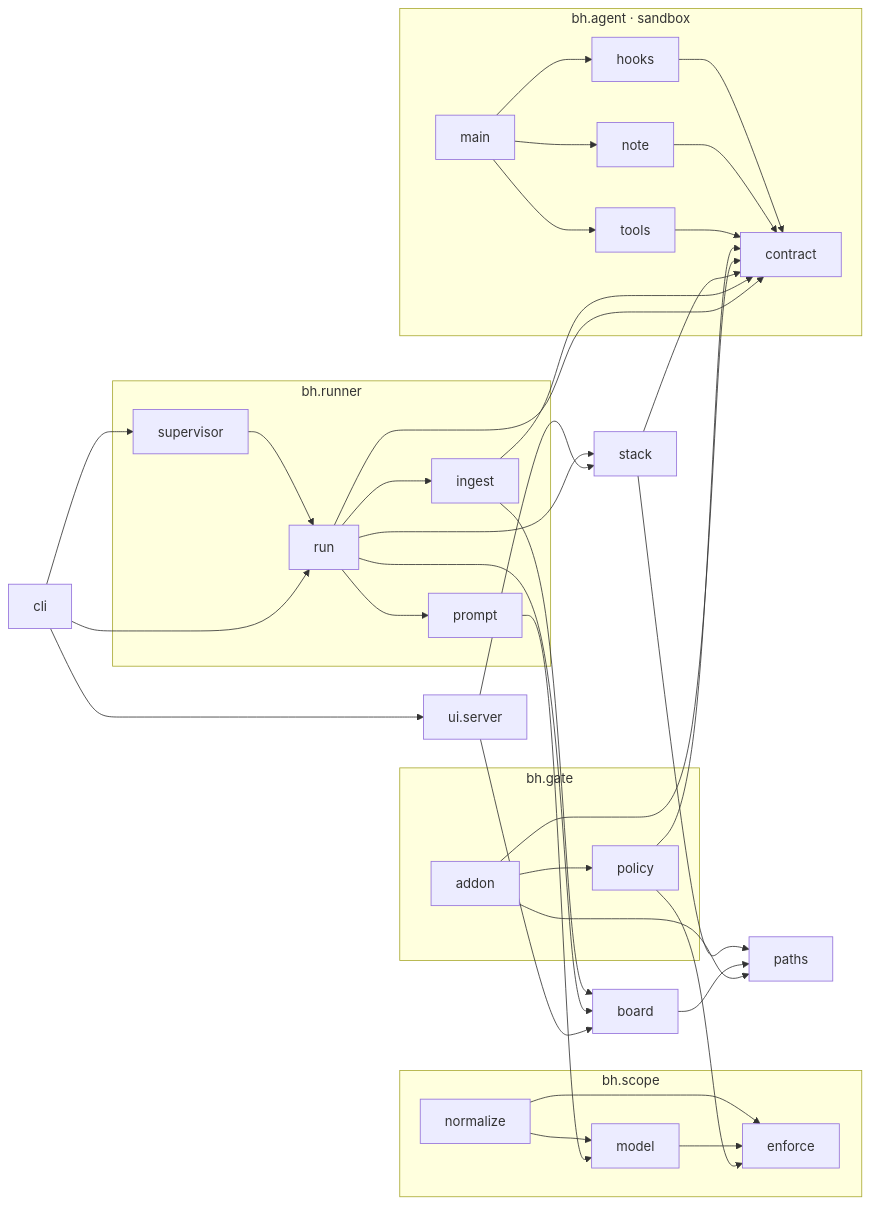
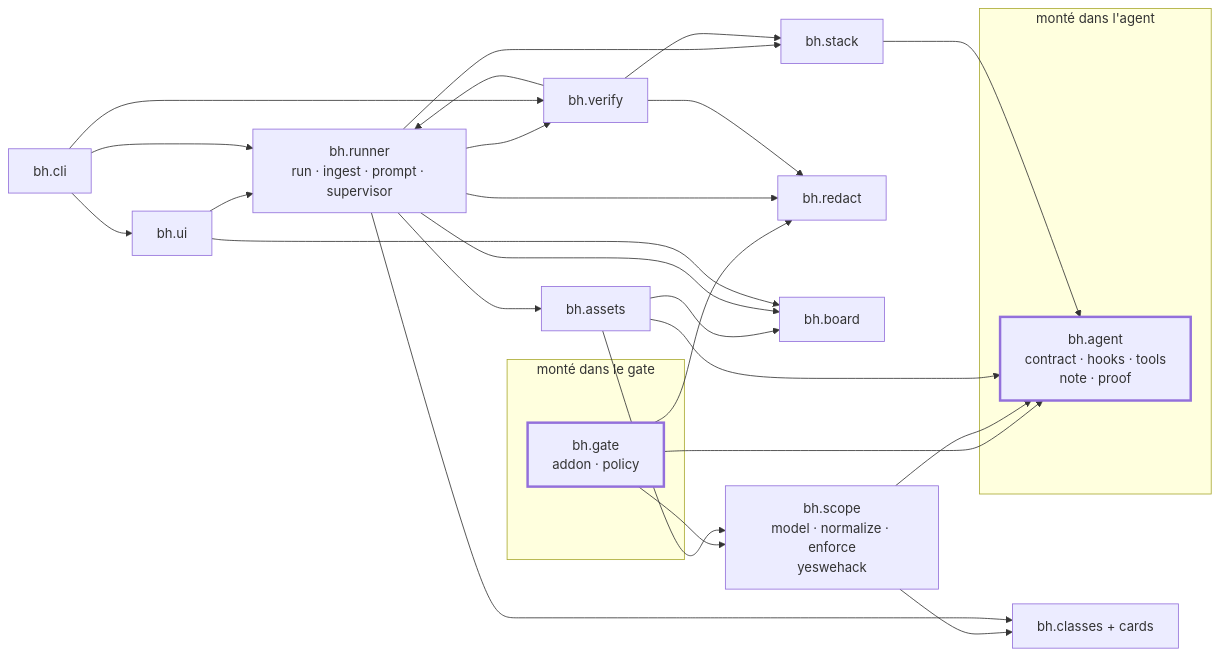
One commit to Moutdili/bull-harness changed the sixth of 15 diagrams in docs/diagrams.md. Above: the diagram before and after it, drawn with Mermaid. The commit also changed other lines of this file and 3 other files, not shown here.

First line of the commit message:
docs: README with mermaid diagrams, current architecture diagrams, review status

````diff
--- a/docs/diagrams.md
+++ b/docs/diagrams.md
@@ -96,47 +151,44 @@
 ```mermaid
 flowchart LR
-  subgraph scope["bh.scope"]
-    NORM["normalize"] --> MODEL["model"]
-    NORM --> ENF["enforce"]
-    MODEL --> ENF
+  subgraph SANDBOX["monté dans l'agent"]
+    AGENTM["bh.agent<br/>contract · hooks · tools<br/>note · proof"]
   end
-  subgraph agent["bh.agent · sandbox"]
-    CON["contract"]
-    HOOKS["hooks"] --> CON
-    NOTEM["note"] --> CON
-    TOOLS["tools"] --> CON
-    MAIN["main"] --> HOOKS
-    MAIN --> NOTEM
-    MAIN --> TOOLS
+  subgraph GATEPKG["monté dans le gate"]
+    GATEM["bh.gate<br/>addon · policy"]
   end
-  subgraph gate["bh.gate"]
-    POL["policy"] --> CON
-    POL --> ENF
-    ADD["addon"] --> POL
-    ADD --> CON
-  end
-  PATHS["paths"]
-  STACK["stack"] --> PATHS
-  STACK --> CON
-  BOARDM["board"] --> PATHS
-  subgraph runner["bh.runner"]
-    PROMPT["prompt"]
-    INGEST["ingest"]
-    RUNM["run"] --> INGEST
-    RUNM --> PROMPT
-    SUPM["supervisor"] --> RUNM
-  end
-  ADD --> PATHS
-  PROMPT --> MODEL
-  INGEST --> BOARDM
-  INGEST --> CON
-  RUNM --> STACK
-  RUNM --> BOARDM
-  RUNM --> CON
-  UIM["ui.server"] --> BOARDM
-  UIM --> STACK
-  CLIM["cli"] --> RUNM
-  CLIM --> SUPM
-  CLIM --> UIM
-    
+  SCOPE["bh.scope<br/>model · normalize · enforce<br/>yeswehack"]
+  CLASSES["bh.classes + cards"]
+  REDACT["bh.redact"]
+  BOARD["bh.board"]
+  ASSETS["bh.assets"]
+  STACK["bh.stack"]
+  RUNNER["bh.runner<br/>run · ingest · prompt · supervisor"]
+  VERIFY["bh.verify"]
+  UI["bh.ui"]
+  CLI["bh.cli"]
+  GATEM --> SCOPE
+  GATEM --> AGENTM
+  GATEM --> REDACT
+  SCOPE --> AGENTM
+  SCOPE --> CLASSES
+  ASSETS --> SCOPE
+  ASSETS --> BOARD
+  ASSETS --> AGENTM
+  STACK --> AGENTM
+  RUNNER --> ASSETS
+  RUNNER --> BOARD
+  RUNNER --> STACK
+  RUNNER --> CLASSES
+  RUNNER --> REDACT
+  RUNNER --> VERIFY
+  VERIFY --> RUNNER
+  VERIFY --> REDACT
+  VERIFY --> STACK
+  UI --> RUNNER
+  UI --> BOARD
+  CLI --> RUNNER
+  CLI --> VERIFY
+  CLI --> UI
+  style AGENTM stroke-width:3px
+  style GATEM stroke-width:3px
 ```
````
